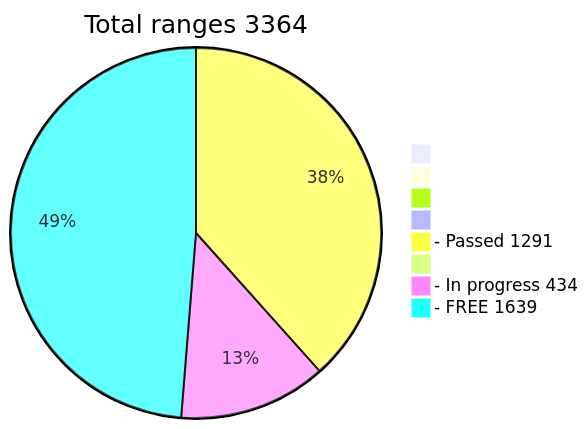
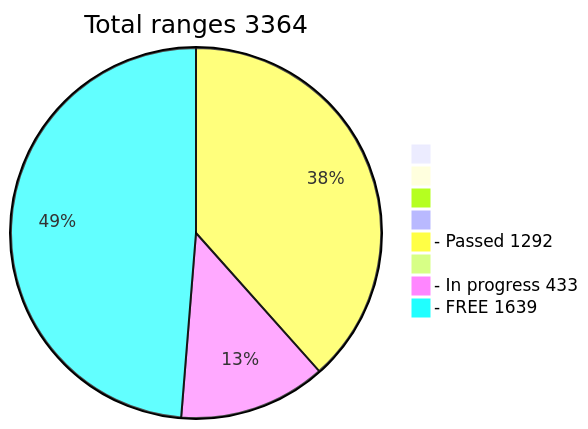
One commit to phrutis/wif500 changed the diagram in README.md. Above: the diagram before and after it, drawn with Mermaid.

````diff
--- a/README.md
+++ b/README.md
@@ -16,12 +16,12 @@
 ```mermaid
 pie title Total ranges 3364
              " " : 0
             "  " : 0
            "   " : 0
           "    " : 0
-  "- Passed 1291" : 1291
+  "- Passed 1292" : 1292
          "     " : 0
-  "- In progress 434" : 434
+  "- In progress 433" : 433
    "- FREE 1639" : 1639
    
 ```
````
